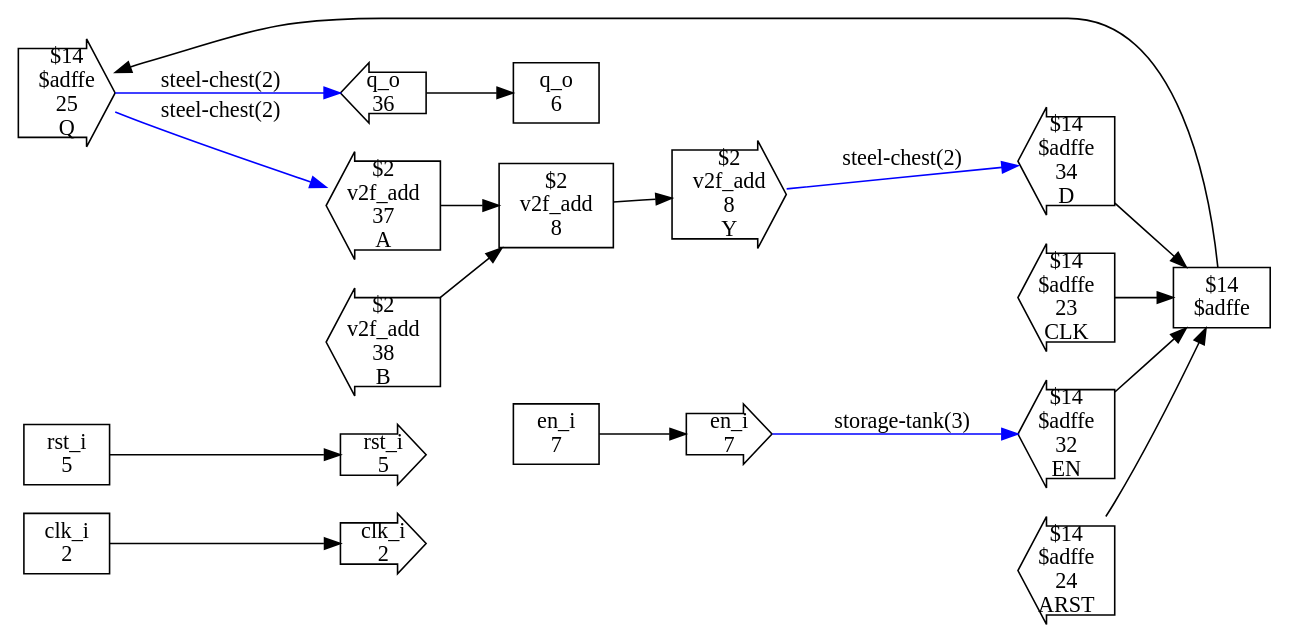
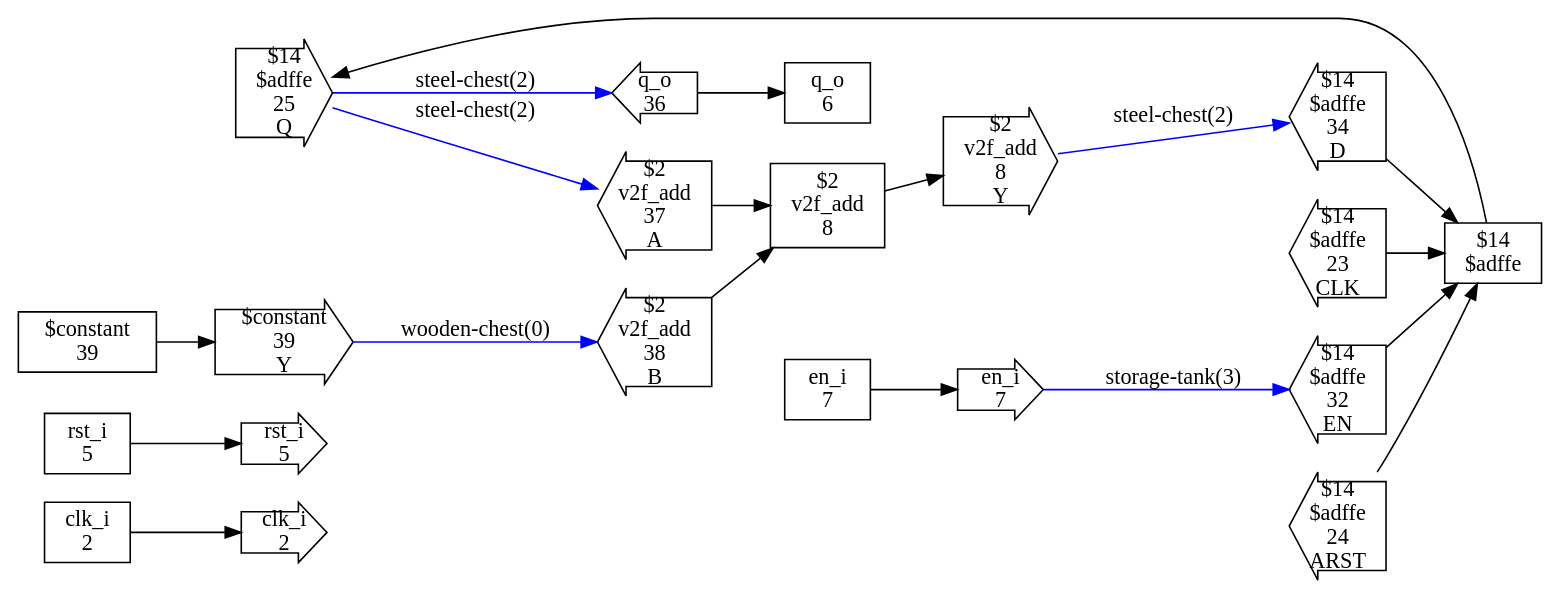
The diagram in test_designs/counter32/checked_design.dot (ben-j-c/verilog2factorio), drawn with Graphviz before and after one commit. The commit also changed 55 other files, not shown here.

```diff
--- a/test_designs/counter32/checked_design.dot
+++ b/test_designs/counter32/checked_design.dot
@@ -1,72 +1,79 @@
 digraph CheckedDesign {
   rankdir=LR
   n0[shape=box,label="clk_i
 2"]
   n1[shape=box,label="rst_i
 5"]
   n2[shape=box,label="q_o
 6"]
   n3[shape=box,label="en_i
 7"]
   n4[shape=box,label="$2
 v2f_add
 8"]
   n5[shape=box,label="$14
 $adffe"]
   n6[shape=rarrow,label="clk_i
 2"]
   n7[shape=rarrow,label="rst_i
 5"]
   n8[shape=larrow,label="q_o
 36"]
   n9[shape=rarrow,label="en_i
 7"]
   n10[shape=larrow,label="$2
 v2f_add
 37
 A"]
   n11[shape=larrow,label="$2
 v2f_add
 38
 B"]
   n12[shape=rarrow,label="$2
 v2f_add
 8
 Y"]
   n13[shape=larrow,label="$14
 $adffe
 34
 D"]
   n14[shape=larrow,label="$14
 $adffe
 23
 CLK"]
   n15[shape=larrow,label="$14
 $adffe
 32
 EN"]
   n16[shape=larrow,label="$14
 $adffe
 24
 ARST"]
   n17[shape=rarrow,label="$14
 $adffe
 25
 Q"]
+  n18[shape=box,label="$constant
+39"]
+  n19[shape=rarrow,label="$constant
+39
+Y"]
   n0 -> n6
   n1 -> n7
   n3 -> n9
   n4 -> n12
   n5 -> n17
   n8 -> n2
   n9 -> n15 [label="storage-tank(3)",syle=bold,color=blue]
   n10 -> n4
   n11 -> n4
   n12 -> n13 [label="steel-chest(2)",syle=bold,color=blue]
   n13 -> n5
   n14 -> n5
   n15 -> n5
   n16 -> n5
   n17 -> n10 [label="steel-chest(2)",syle=bold,color=blue]
   n17 -> n8 [label="steel-chest(2)",syle=bold,color=blue]
+  n18 -> n19
+  n19 -> n11 [label="wooden-chest(0)",syle=bold,color=blue]
 }
```
